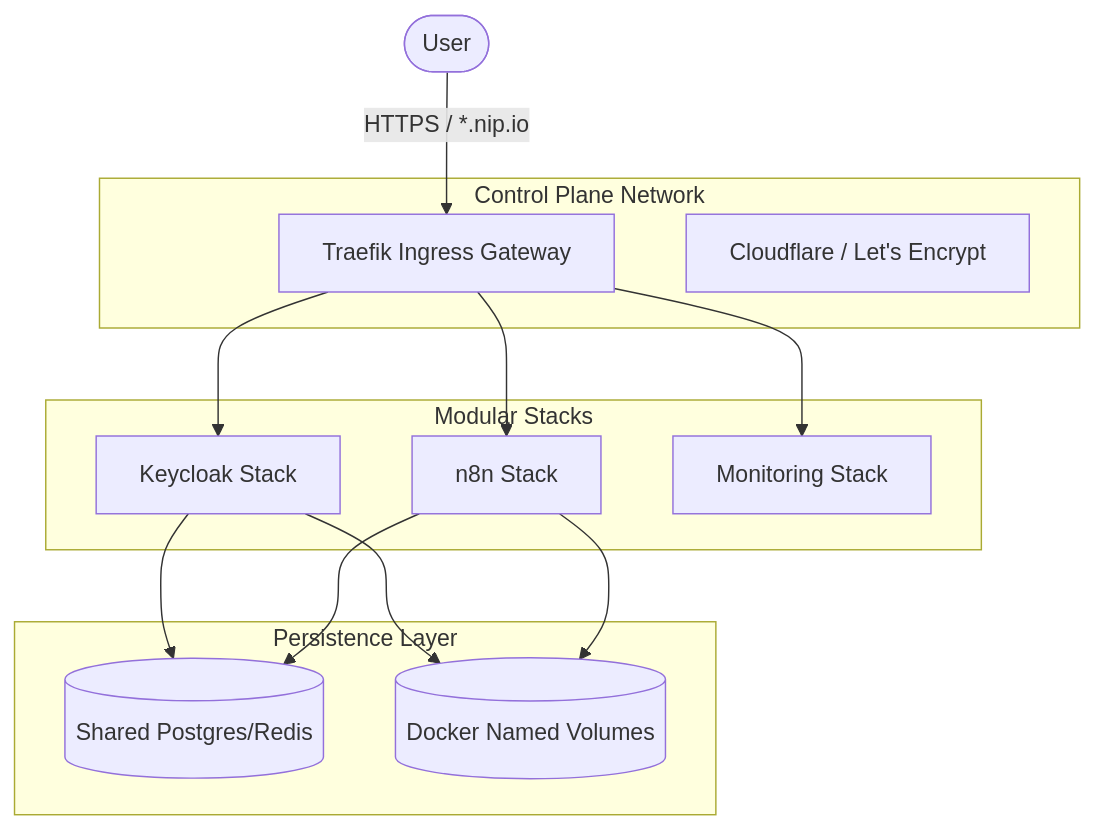
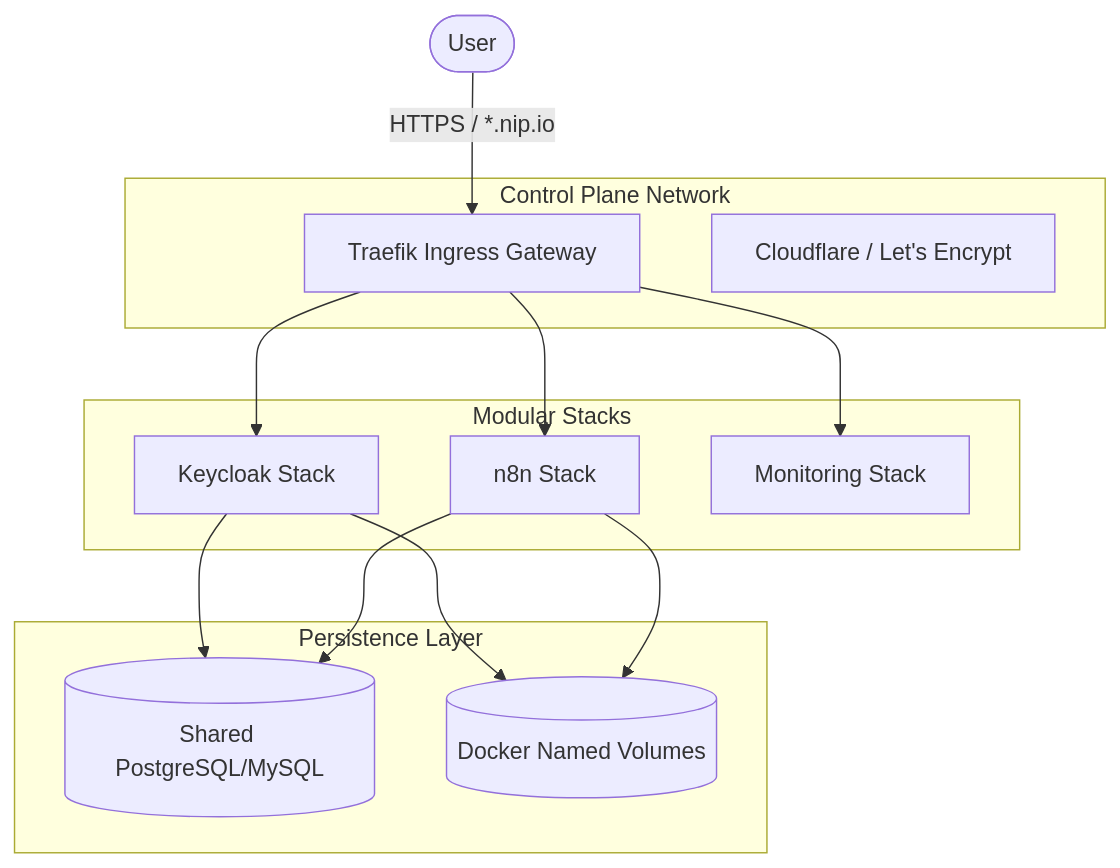
One commit to chinmaymjog/cloudops-sandbox changed the diagram in docs/posts/cloudops-sandbox-article.md. Above: the diagram before and after it, drawn with Mermaid. The commit also changed other lines of this file, not shown here.

Commit message:
docs: align project post with current flow

````diff
--- a/docs/posts/cloudops-sandbox-article.md
+++ b/docs/posts/cloudops-sandbox-article.md
@@ -18,30 +20,30 @@
 ```mermaid
 graph TD
     User([User]) -->|HTTPS / *.nip.io| Traefik[Traefik Ingress Gateway]
     
     subgraph "Control Plane Network"
         Traefik
         DNS[Cloudflare / Let's Encrypt]
     end
 
     subgraph "Modular Stacks"
         App1[Keycloak Stack]
         App2[n8n Stack]
         App3[Monitoring Stack]
     end
 
     subgraph "Persistence Layer"
-        DB[(Shared Postgres/Redis)]
+        DB[(Shared PostgreSQL/MySQL)]
         Vol[(Docker Named Volumes)]
     end
 
     Traefik --> App1
     Traefik --> App2
     Traefik --> App3
     
     App1 --> DB
     App2 --> DB
     
     App1 --> Vol
     App2 --> Vol
 ```
````
